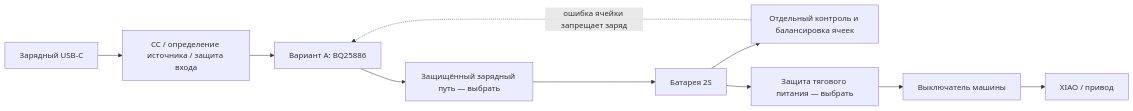
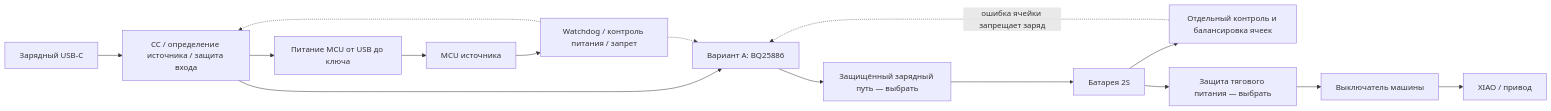
The first of 2 diagrams in docs/charge-node-comparison.md (BlowYourBrain/RaceRemote), drawn with Mermaid before and after one commit. The commit also changed other lines of this file and 11 other files, not shown here.

````diff
--- a/docs/charge-node-comparison.md
+++ b/docs/charge-node-comparison.md
@@ -23,12 +30,17 @@
 ```mermaid
 flowchart LR
     USB[Зарядный USB-C] --> INPUT[CC / определение источника / защита входа]
     INPUT --> CH[Вариант A: BQ25886]
+    INPUT --> SUP[Питание MCU от USB до ключа]
+    SUP --> MCU[MCU источника]
+    MCU --> GUARD[Watchdog / контроль питания / запрет]
+    GUARD -.-> INPUT
+    GUARD -.-> CH
     CH --> PATH[Защищённый зарядный путь — выбрать]
     PATH --> PACK[Батарея 2S]
     PACK --> SENSE[Отдельный контроль и балансировка ячеек]
     SENSE -.->|ошибка ячейки запрещает заряд| CH
     PACK --> PROT[Защита тягового питания — выбрать]
     PROT --> SW[Выключатель машины]
     SW --> CAR[XIAO / привод]
 ```
````
